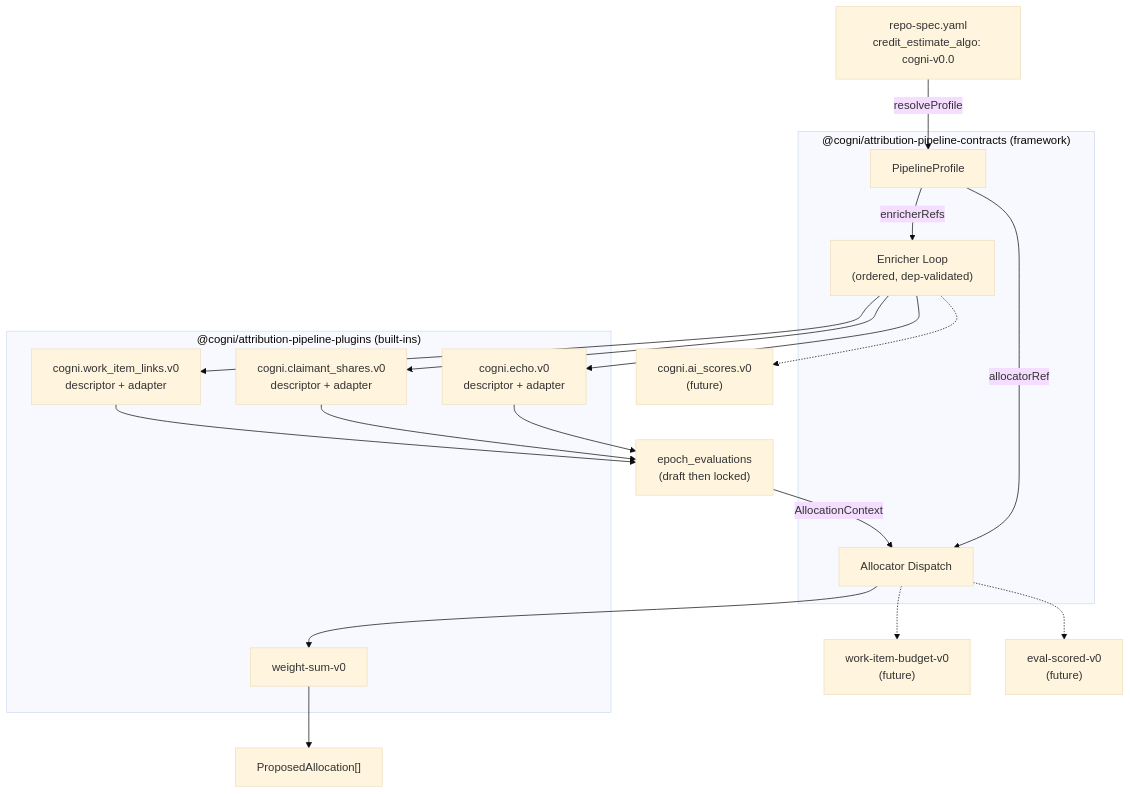
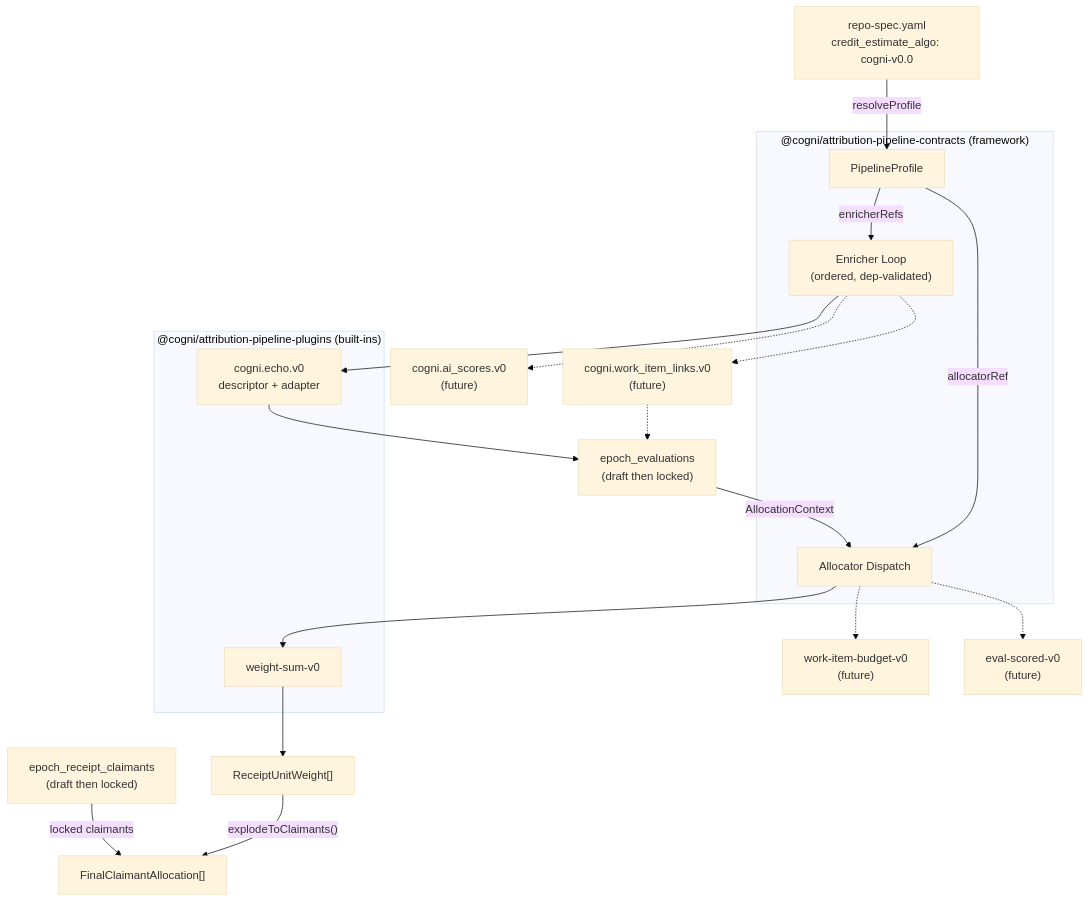
One commit to Cogni-DAO/node-template changed the diagram in docs/spec/plugin-attribution-pipeline.md. Above: the diagram before and after it, drawn with Mermaid (base theme). The commit also changed other lines of this file and 7 other files, not shown here.

First line of the commit message:
refactor(attribution): worker + tests + specs for receipt-weight model (bug.0125 CP3)

````diff
--- a/docs/spec/plugin-attribution-pipeline.md
+++ b/docs/spec/plugin-attribution-pipeline.md
@@ -35,35 +35,34 @@
 ```mermaid
 graph TD
     RS["repo-spec.yaml<br/>credit_estimate_algo: cogni-v0.0"] -->|resolveProfile| P["PipelineProfile"]
     P -->|enricherRefs| EL["Enricher Loop<br/>(ordered, dep-validated)"]
     P -->|allocatorRef| AD["Allocator Dispatch"]
 
     EL --> E1["cogni.echo.v0<br/>descriptor + adapter"]
-    EL --> E2["cogni.claimant_shares.v0<br/>descriptor + adapter"]
-    EL --> E3["cogni.work_item_links.v0<br/>descriptor + adapter"]
+    EL -.-> E3["cogni.work_item_links.v0<br/>(future)"]
     EL -.-> E4["cogni.ai_scores.v0<br/>(future)"]
 
     E1 --> EV["epoch_evaluations<br/>(draft then locked)"]
-    E2 --> EV
-    E3 --> EV
+    E3 -.-> EV
 
     EV -->|AllocationContext| AD
     AD --> WS["weight-sum-v0"]
     AD -.-> WB["work-item-budget-v0<br/>(future)"]
     AD -.-> ES["eval-scored-v0<br/>(future)"]
 
-    WS --> PA["ProposedAllocation[]"]
+    WS --> RW["ReceiptUnitWeight[]"]
+    RW -->|"explodeToClaimants()"| FC["FinalClaimantAllocation[]"]
+
+    CL["epoch_receipt_claimants<br/>(draft then locked)"] -->|locked claimants| FC
 
     subgraph "@cogni/attribution-pipeline-contracts (framework)"
         P
         EL
         AD
     end
 
     subgraph "@cogni/attribution-pipeline-plugins (built-ins)"
         E1
-        E2
-        E3
         WS
     end
 ```
````
